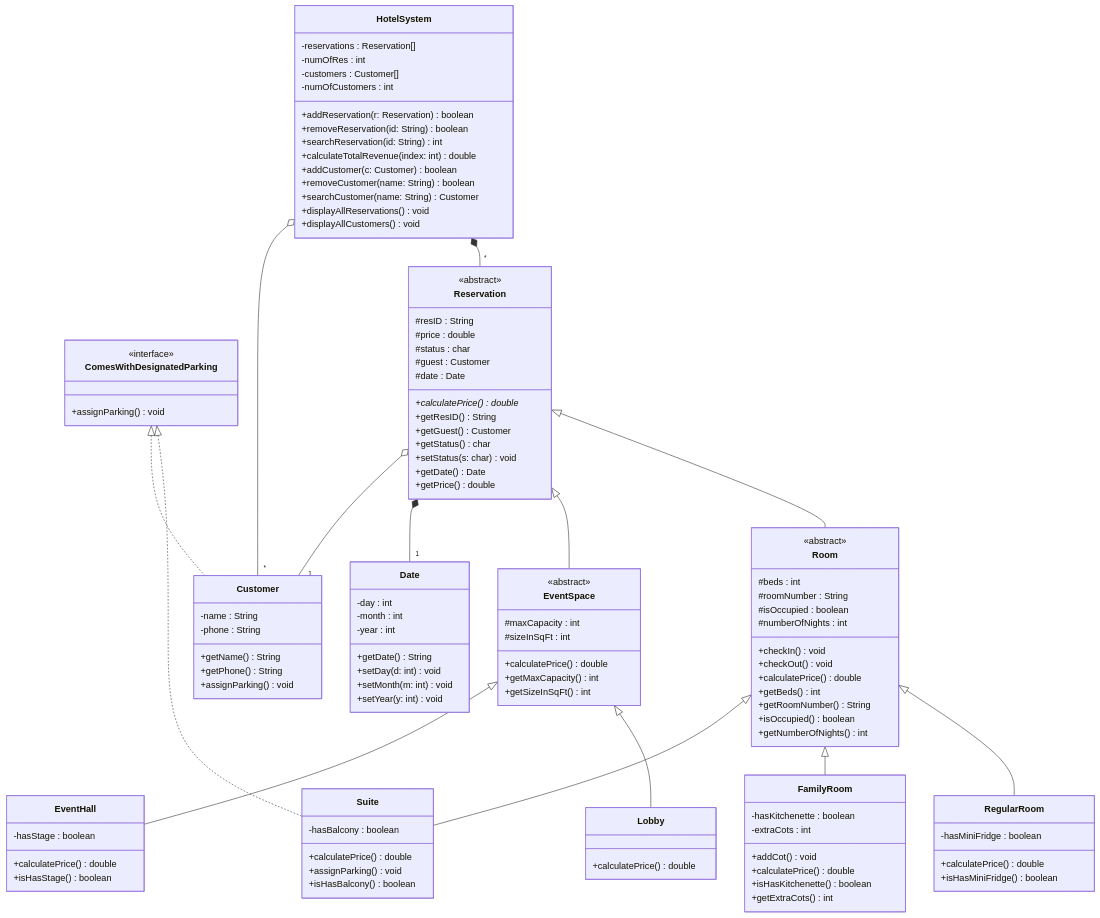
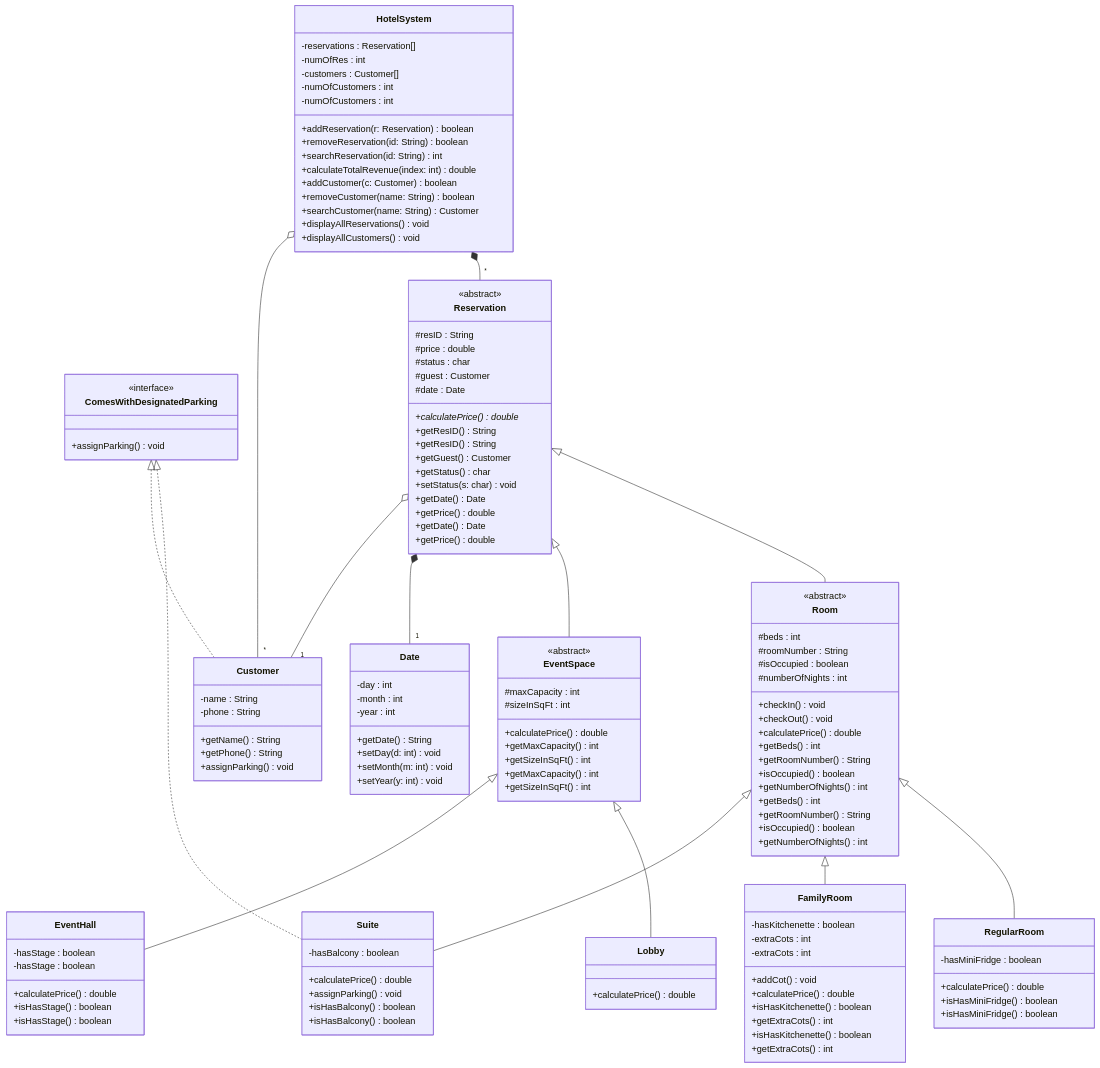
One commit to i1SaSa/113CSC-HotelProject changed the diagram in README.md. Above: the diagram before and after it, drawn with Mermaid.

Commit message:
Refactor class diagram in README to remove duplicates and improve clarity

````diff
--- a/README.md
+++ b/README.md
@@ -15,6 +15,7 @@
         -reservations : Reservation[]
         -numOfRes : int
         -customers : Customer[]
+        -numOfCustomers : int
         -numOfCustomers : int
         +addReservation(r: Reservation) boolean
         +removeReservation(id: String) boolean
@@ -55,9 +56,12 @@
         #date : Date
         +calculatePrice()* double
         +getResID() String
+        +getResID() String
         +getGuest() Customer
         +getStatus() char
         +setStatus(s: char) void
+        +getDate() Date
+        +getPrice() double
         +getDate() Date
         +getPrice() double
     }
@@ -75,6 +79,10 @@
         +getRoomNumber() String
         +isOccupied() boolean
         +getNumberOfNights() int
+        +getBeds() int
+        +getRoomNumber() String
+        +isOccupied() boolean
+        +getNumberOfNights() int
     }
 
     class EventSpace {
@@ -84,19 +92,25 @@
         +calculatePrice() double
         +getMaxCapacity() int
         +getSizeInSqFt() int
+        +getMaxCapacity() int
+        +getSizeInSqFt() int
     }
 
     class RegularRoom {
         -hasMiniFridge : boolean
         +calculatePrice() double
         +isHasMiniFridge() boolean
+        +isHasMiniFridge() boolean
     }
 
     class FamilyRoom {
         -hasKitchenette : boolean
         -extraCots : int
+        -extraCots : int
         +addCot() void
         +calculatePrice() double
+        +isHasKitchenette() boolean
+        +getExtraCots() int
         +isHasKitchenette() boolean
         +getExtraCots() int
     }
@@ -106,6 +120,7 @@
         +calculatePrice() double
         +assignParking() void
         +isHasBalcony() boolean
+        +isHasBalcony() boolean
     }
 
     class Lobby {
@@ -114,7 +129,9 @@
 
     class EventHall {
         -hasStage : boolean
+        -hasStage : boolean
         +calculatePrice() double
+        +isHasStage() boolean
         +isHasStage() boolean
     }
 
@@ -135,4 +152,5 @@
     HotelSystem o-- "*" Customer 
     Reservation o-- "1" Customer
 
+
 ```
````
